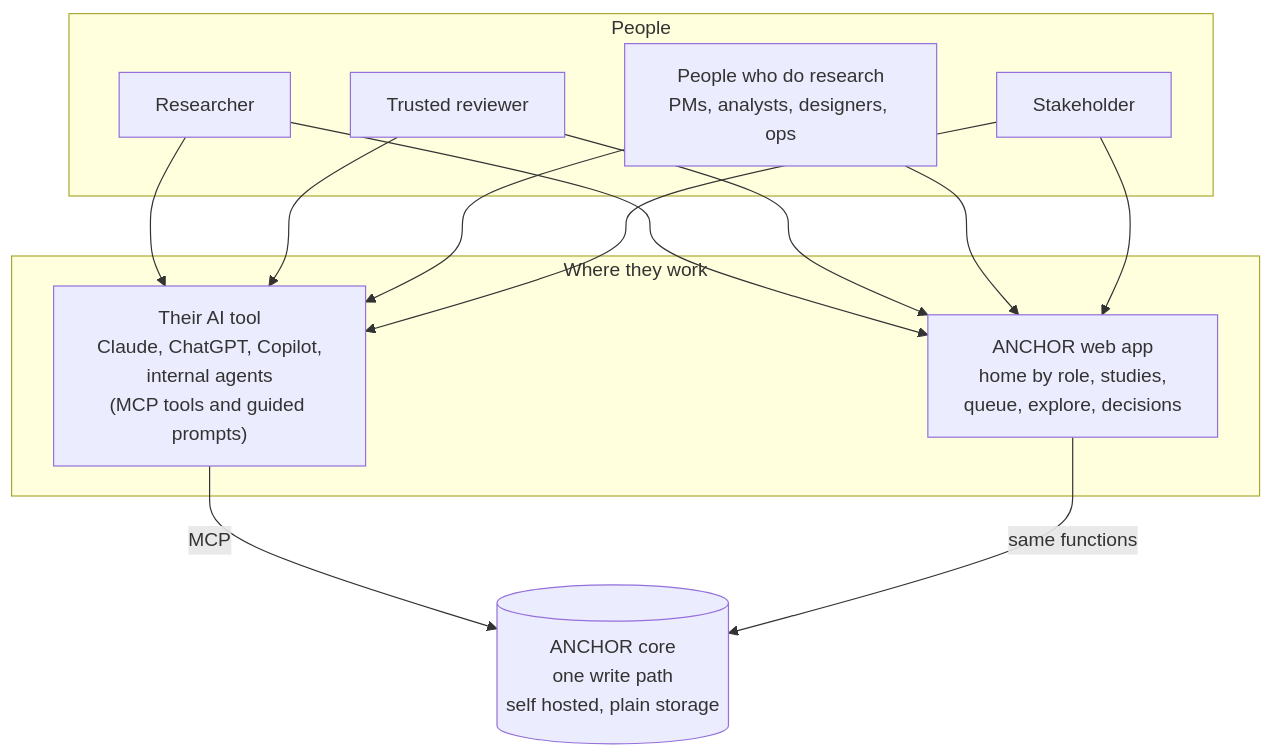
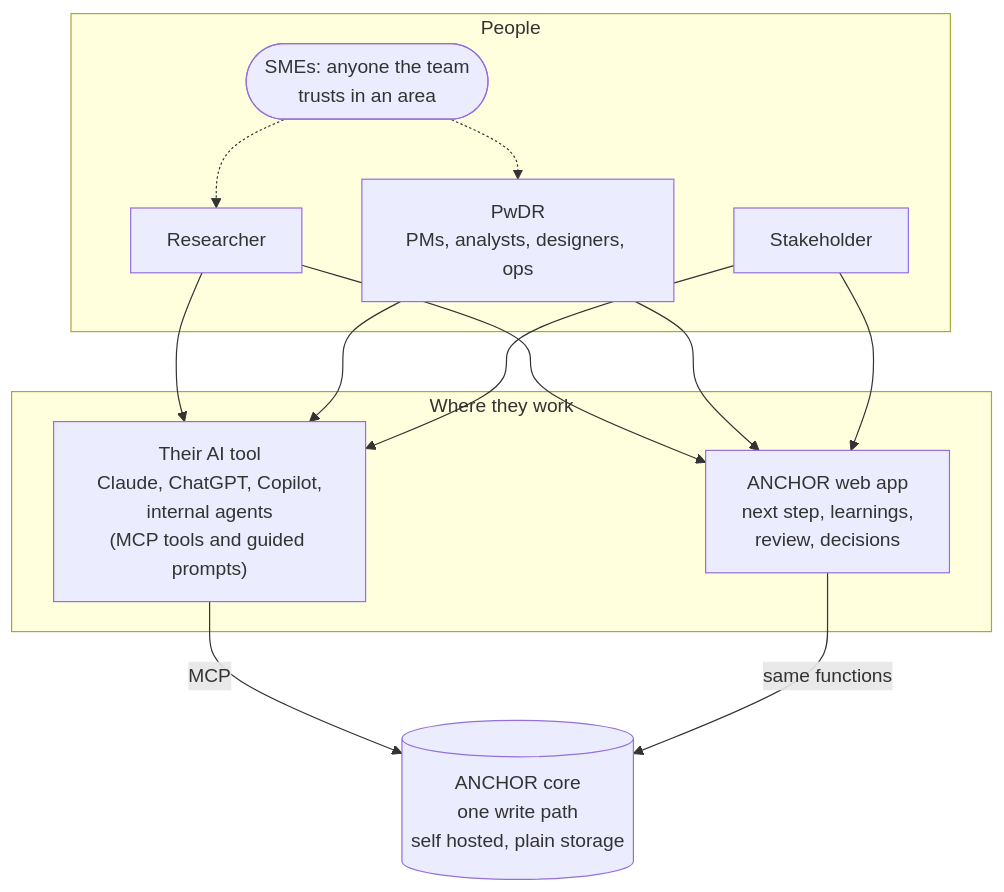
Before and after one commit to mitchh14/amped-insights: the second of 4 diagrams in docs/FLOW.md, drawn with Mermaid. The commit also changed other lines of this file and 7 other files, not shown here.

````diff
--- a/docs/FLOW.md
+++ b/docs/FLOW.md
@@ -72,28 +63,28 @@
 ```mermaid
 flowchart TB
     subgraph People["People"]
         R["Researcher"]
-        TR["Trusted reviewer"]
-        P["People who do research<br/>PMs, analysts, designers, ops"]
+        P["PwDR<br/>PMs, analysts, designers, ops"]
         SH["Stakeholder"]
+        SME(["SMEs: anyone the team<br/>trusts in an area"])
     end
 
     subgraph Surfaces["Where they work"]
         AI["Their AI tool<br/>Claude, ChatGPT, Copilot,<br/>internal agents<br/>(MCP tools and guided prompts)"]
-        APP["ANCHOR web app<br/>home by role, studies,<br/>queue, explore, decisions"]
+        APP["ANCHOR web app<br/>next step, learnings,<br/>review, decisions"]
     end
 
     CORE[("ANCHOR core<br/>one write path<br/>self hosted, plain storage")]
 
     R --> AI
     R --> APP
-    TR --> APP
-    TR --> AI
     P --> AI
     P --> APP
     SH --> APP
     SH --> AI
+    SME -.-> R
+    SME -.-> P
 
     AI -->|MCP| CORE
     APP -->|same functions| CORE
 ```
````
